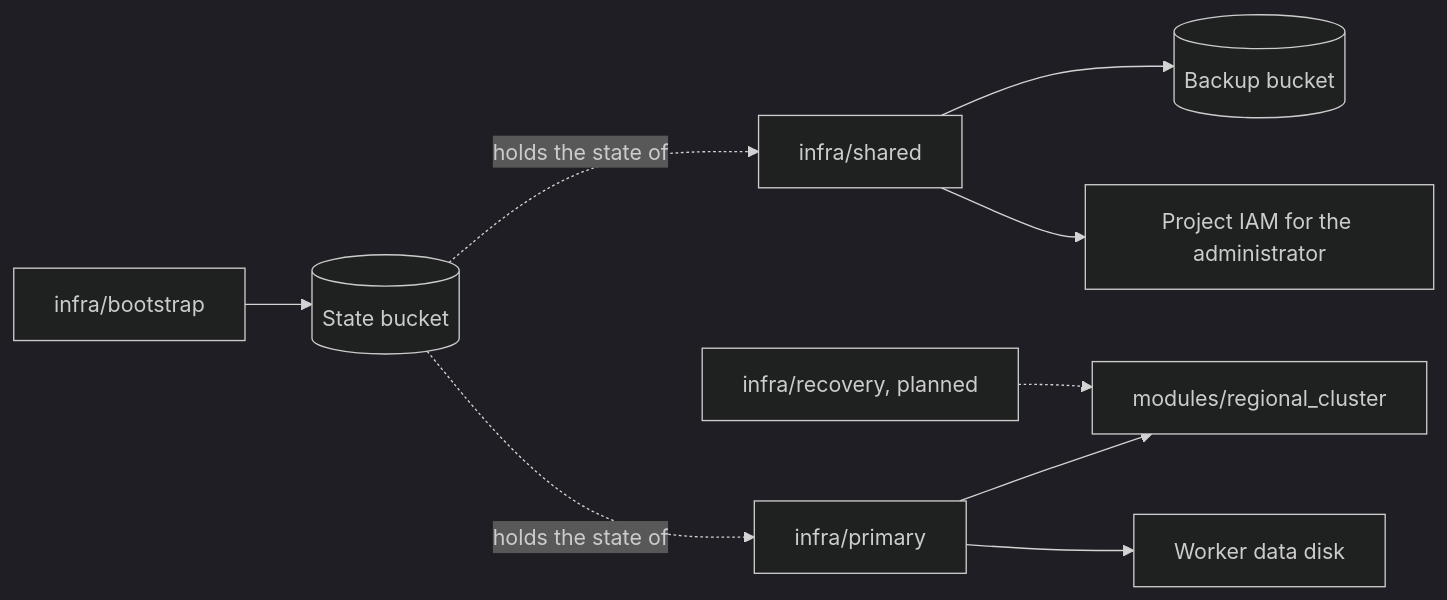
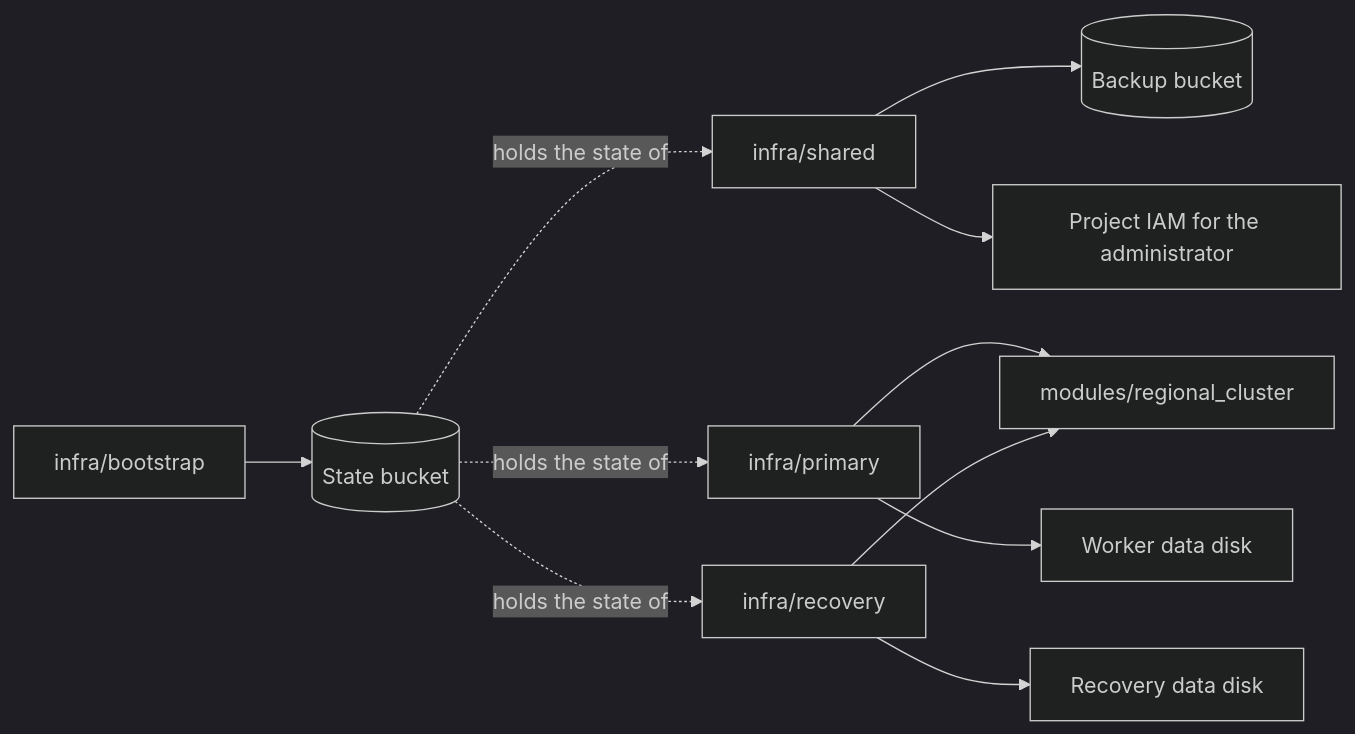
The first of 2 diagrams in docs/architecture/01-infrastructure.md (sindredg/k8s-dr), drawn with Mermaid (dark theme) before and after one commit. The commit also changed other lines of this file and 15 other files, not shown here.

````diff
--- a/docs/architecture/01-infrastructure.md
+++ b/docs/architecture/01-infrastructure.md
@@ -9,11 +11,13 @@
 ```mermaid
 flowchart LR
     bootstrap["infra/bootstrap"] --> statebucket[("State bucket")]
     shared["infra/shared"] --> backupbucket[("Backup bucket")]
     shared --> iam["Project IAM for the administrator"]
     primary["infra/primary"] --> module["modules/regional_cluster"]
     primary --> disk["Worker data disk"]
-    recovery["infra/recovery, planned"] -.-> module
+    recovery["infra/recovery"] --> module
+    recovery --> rdisk["Recovery data disk"]
     statebucket -. "holds the state of" .-> shared
     statebucket -. "holds the state of" .-> primary
+    statebucket -. "holds the state of" .-> recovery
 ```
````
